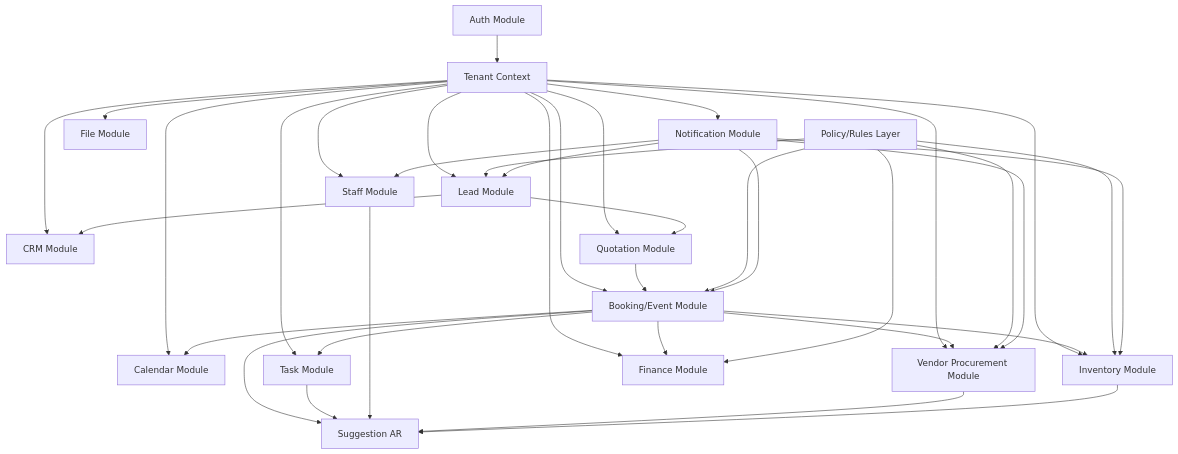
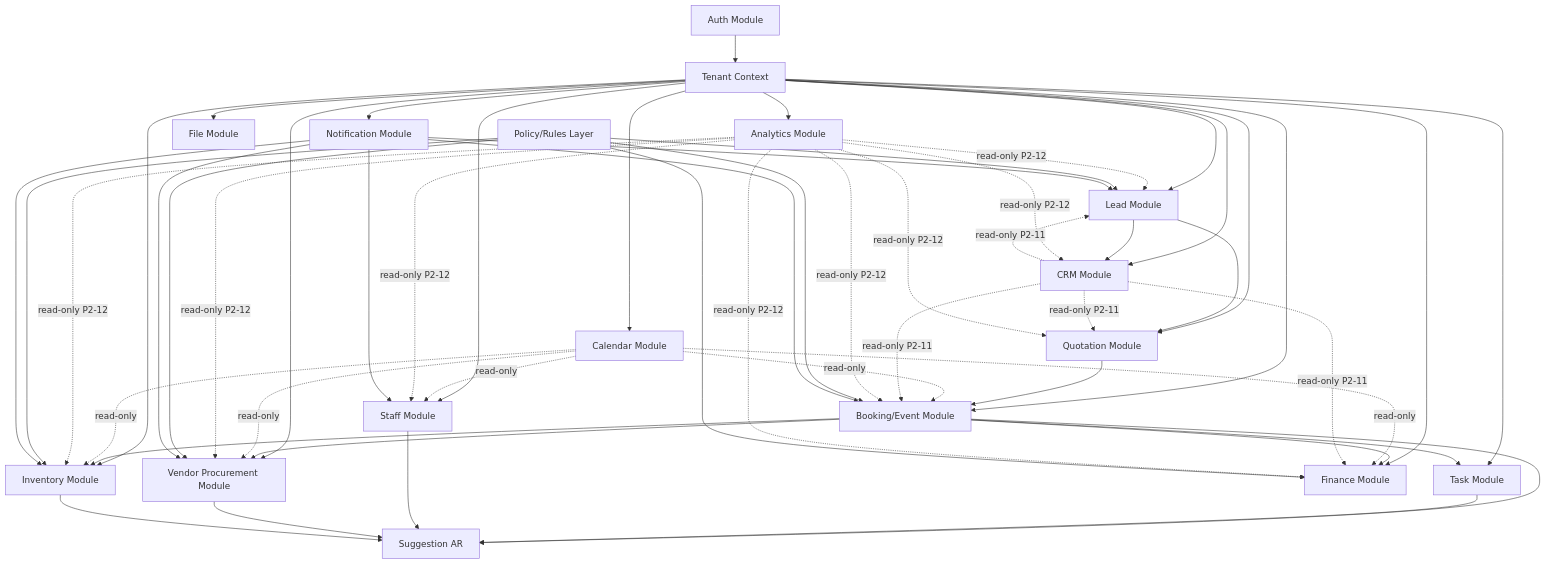
The first of 2 diagrams in docs/10-implementation-specification.md (wedecor/EventOS), drawn with Mermaid before and after one commit. The commit also changed other lines of this file and 874 other files, not shown here.

````diff
--- a/docs/10-implementation-specification.md
+++ b/docs/10-implementation-specification.md
@@ -528,43 +547,63 @@
 ```mermaid
 flowchart TD
   Auth[Auth Module] --> Tenant[Tenant Context]
   Tenant --> Lead[Lead Module]
   Tenant --> Customer[CRM Module]
   Tenant --> Quotation[Quotation Module]
   Tenant --> Booking[Booking/Event Module]
   Tenant --> Calendar[Calendar Module]
   Tenant --> Task[Task Module]
   Tenant --> Staff[Staff Module]
   Tenant --> Vendor[Vendor Procurement Module]
   Tenant --> Inventory[Inventory Module]
   Tenant --> Finance[Finance Module]
   Tenant --> Notification[Notification Module]
   Tenant --> File[File Module]
+  Tenant --> Analytics[Analytics Module]
 
   Lead --> Quotation
   Lead --> Customer
   Quotation --> Booking
-  Booking --> Calendar
   Booking --> Task
   Booking --> Vendor
   Booking --> Inventory
   Booking --> Finance
+
+  Calendar -.read-only.-> Booking
+  Calendar -.read-only.-> Staff
+  Calendar -.read-only.-> Vendor
+  Calendar -.read-only.-> Inventory
+  Calendar -.read-only.-> Finance
+
+  Customer -.read-only P2-11.-> Lead
+  Customer -.read-only P2-11.-> Quotation
+  Customer -.read-only P2-11.-> Booking
+  Customer -.read-only P2-11.-> Finance
+
+  Analytics -.read-only P2-12.-> Lead
+  Analytics -.read-only P2-12.-> Quotation
+  Analytics -.read-only P2-12.-> Booking
+  Analytics -.read-only P2-12.-> Customer
+  Analytics -.read-only P2-12.-> Finance
+  Analytics -.read-only P2-12.-> Staff
+  Analytics -.read-only P2-12.-> Vendor
+  Analytics -.read-only P2-12.-> Inventory
 
   Policy[Policy/Rules Layer] --> Booking
   Policy --> Finance
   Policy --> Inventory
   Policy --> Vendor
   Policy --> Lead
 
   Notification --> Lead
   Notification --> Booking
   Notification --> Staff
   Notification --> Vendor
   Notification --> Inventory
 
   Booking --> Suggestion[Suggestion AR]
   Task --> Suggestion[Suggestion AR]
   Staff --> Suggestion[Suggestion AR]
   Vendor --> Suggestion[Suggestion AR]
   Inventory --> Suggestion[Suggestion AR]
 ```
````
